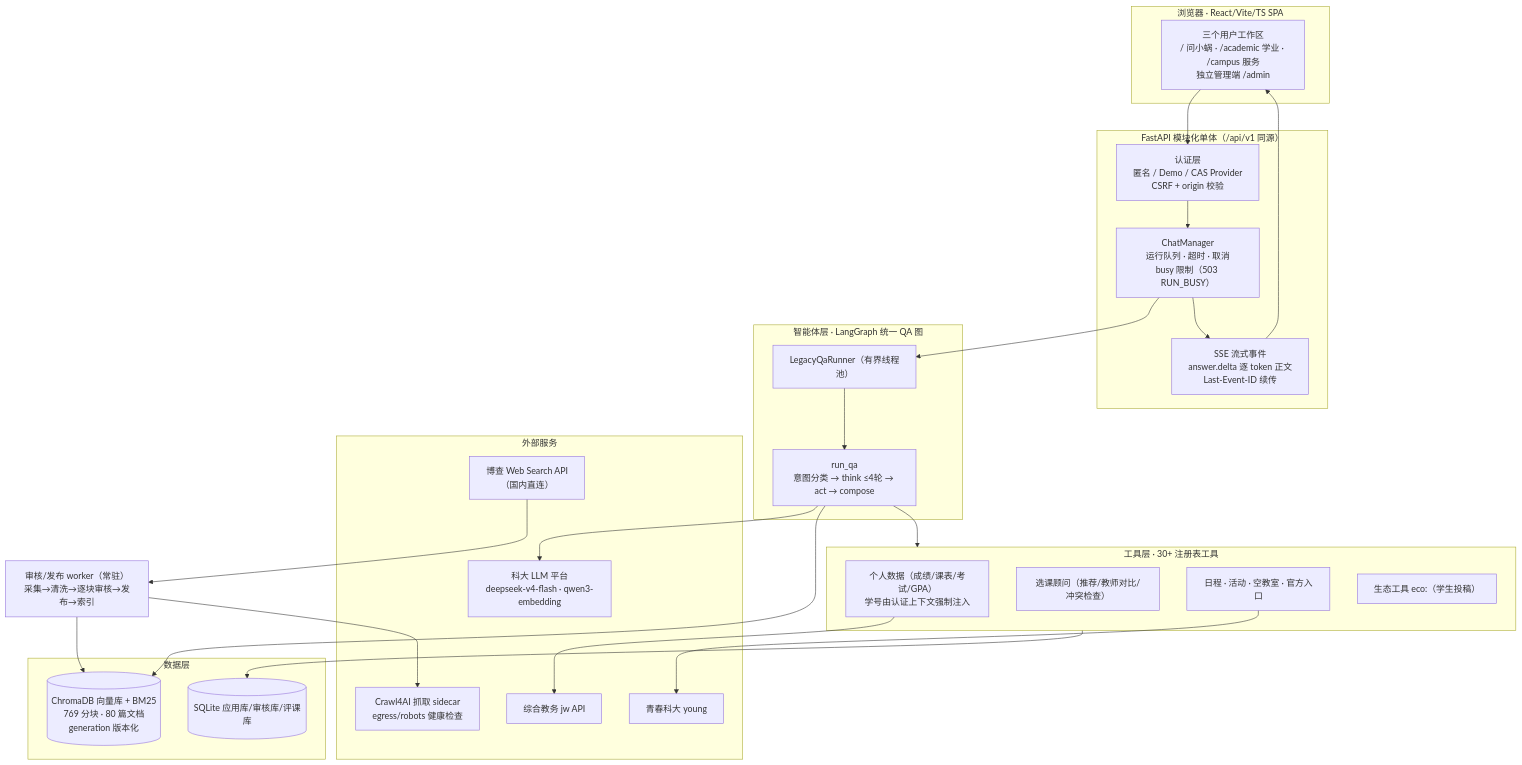
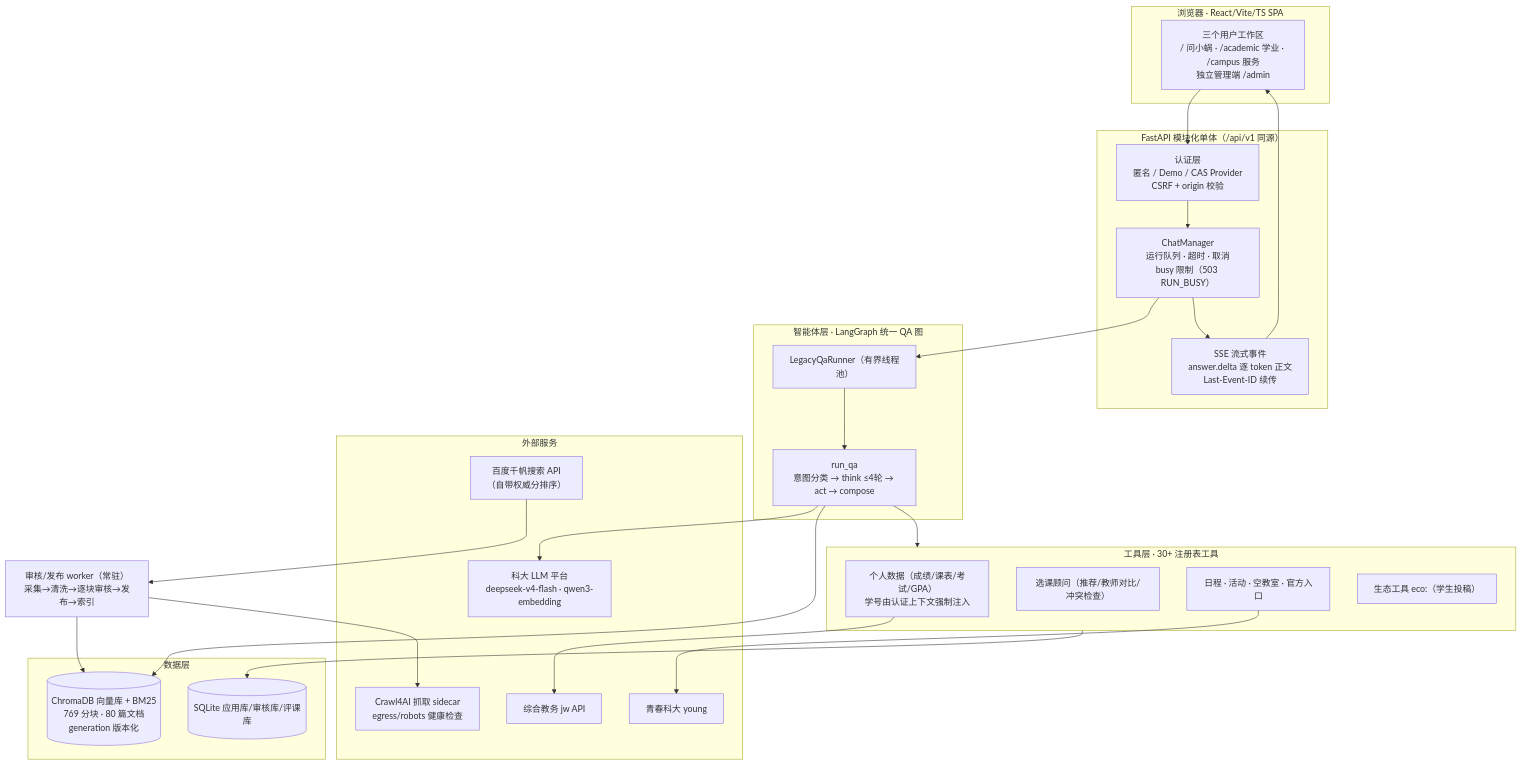
One commit to AAAtrucklrx/107 changed the diagram in submission/diagrams/1-architecture.mmd. Above: the diagram before and after it, drawn with Mermaid. The commit also changed 8 other files, not shown here.

```diff
--- a/submission/diagrams/1-architecture.mmd
+++ b/submission/diagrams/1-architecture.mmd
@@ -1,49 +1,49 @@
 graph TB
     subgraph FE["浏览器 · React/Vite/TS SPA"]
         UI["三个用户工作区<br/>/ 问小蜗 · /academic 学业 · /campus 服务<br/>独立管理端 /admin"]
     end
 
     subgraph API["FastAPI 模块化单体（/api/v1 同源）"]
         AUTH["认证层<br/>匿名 / Demo / CAS Provider<br/>CSRF + origin 校验"]
         SSE["SSE 流式事件<br/>answer.delta 逐 token 正文<br/>Last-Event-ID 续传"]
         MGR["ChatManager<br/>运行队列 · 超时 · 取消<br/>busy 限制（503 RUN_BUSY）"]
     end
 
     subgraph AGENT["智能体层 · LangGraph 统一 QA 图"]
         RUNNER["LegacyQaRunner（有界线程池）"]
         GRAPH["run_qa<br/>意图分类 → think ≤4轮 → act → compose"]
     end
 
     subgraph TOOLS["工具层 · 30+ 注册表工具"]
         T1["个人数据（成绩/课表/考试/GPA）<br/>学号由认证上下文强制注入"]
         T2["选课顾问（推荐/教师对比/冲突检查）"]
         T3["日程 · 活动 · 空教室 · 官方入口"]
         T4["生态工具 eco:（学生投稿）"]
     end
 
     subgraph SVC["外部服务"]
         LLM["科大 LLM 平台<br/>deepseek-v4-flash · qwen3-embedding"]
         JW["综合教务 jw API"]
         YOUNG["青春科大 young"]
-        SEARCH["博查 Web Search API<br/>（国内直连）"]
+        SEARCH["百度千帆搜索 API<br/>（自带权威分排序）"]
         CRAWL["Crawl4AI 抓取 sidecar<br/>egress/robots 健康检查"]
     end
 
     subgraph DATA["数据层"]
         DB[("SQLite 应用库/审核库/评课库")]
         KB[("ChromaDB 向量库 + BM25<br/>769 分块 · 80 篇文档<br/>generation 版本化")]
     end
 
     WORKER["审核/发布 worker（常驻）<br/>采集→清洗→逐块审核→发布→索引"]
 
     UI --> AUTH --> MGR --> RUNNER --> GRAPH
     MGR --> SSE --> UI
     GRAPH --> TOOLS
     GRAPH --> LLM
     T1 --> JW
     T3 --> YOUNG
     GRAPH --> KB
     TOOLS --> DB
     WORKER --> KB
     WORKER --> CRAWL
     SEARCH --> WORKER
```
